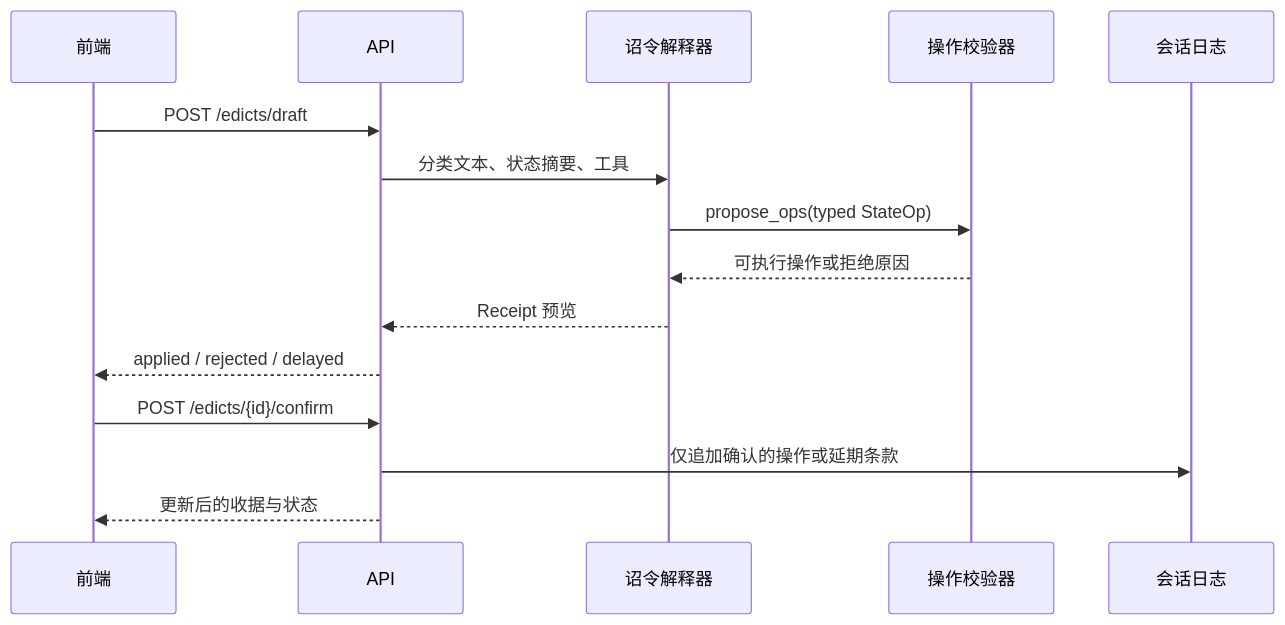
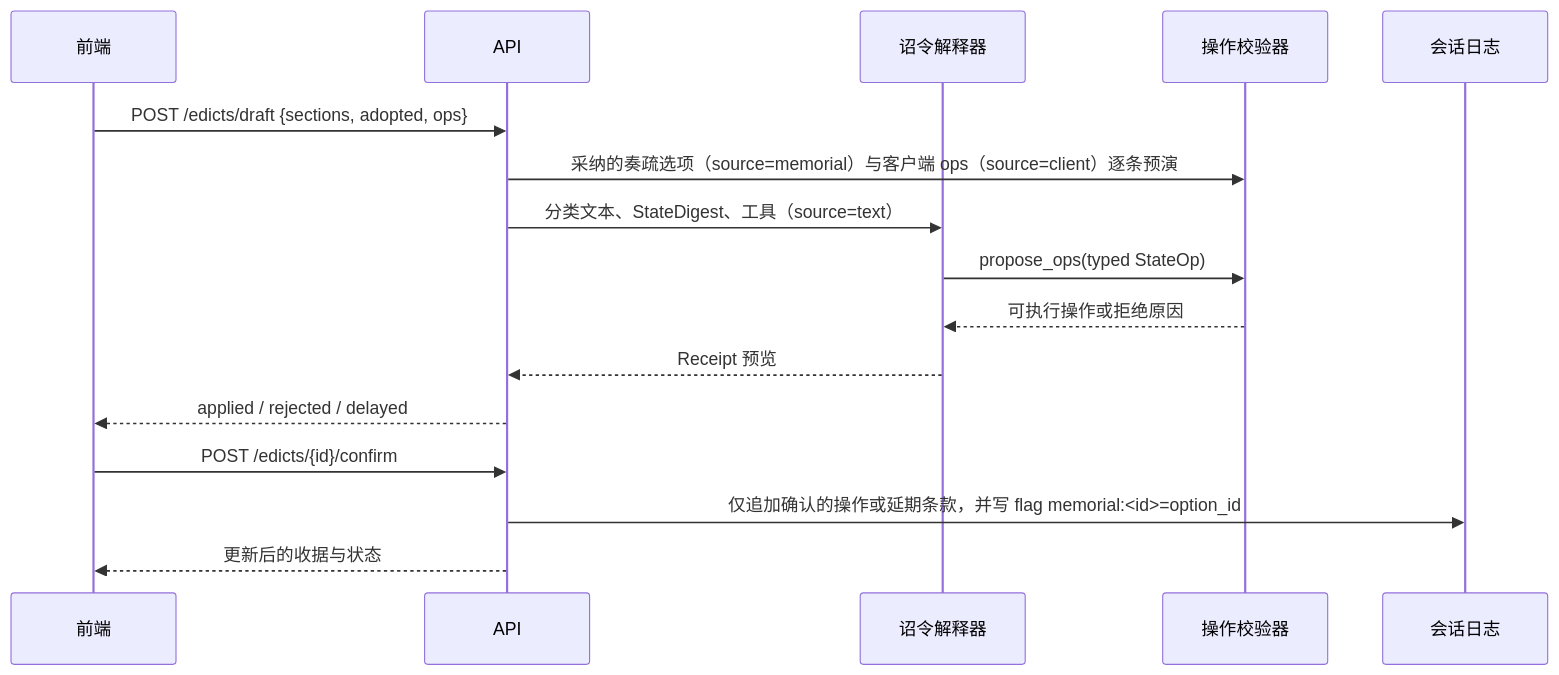
Before and after one commit to Yi-111-a/llm-sim-game-template: the third of 3 diagrams in ARCHITECTURE.md, drawn with Mermaid. The commit also changed other lines of this file and 50 other files, not shown here.

````diff
--- a/ARCHITECTURE.md
+++ b/ARCHITECTURE.md
@@ -41,17 +70,18 @@
 ```mermaid
 sequenceDiagram
   participant UI as 前端
   participant API
   participant Agent as 诏令解释器
   participant Rules as 操作校验器
   participant Store as 会话日志
-  UI->>API: POST /edicts/draft
-  API->>Agent: 分类文本、状态摘要、工具
+  UI->>API: POST /edicts/draft {sections, adopted, ops}
+  API->>Rules: 采纳的奏疏选项（source=memorial）与客户端 ops（source=client）逐条预演
+  API->>Agent: 分类文本、StateDigest、工具（source=text）
   Agent->>Rules: propose_ops(typed StateOp)
   Rules-->>Agent: 可执行操作或拒绝原因
   Agent-->>API: Receipt 预览
   API-->>UI: applied / rejected / delayed
   UI->>API: POST /edicts/{id}/confirm
-  API->>Store: 仅追加确认的操作或延期条款
+  API->>Store: 仅追加确认的操作或延期条款，并写 flag memorial:<id>=option_id
   API-->>UI: 更新后的收据与状态
 ```
````
